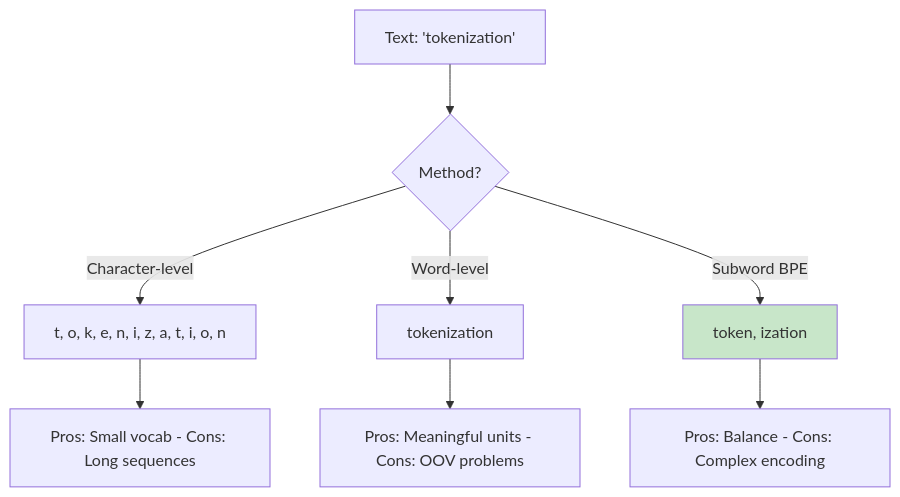
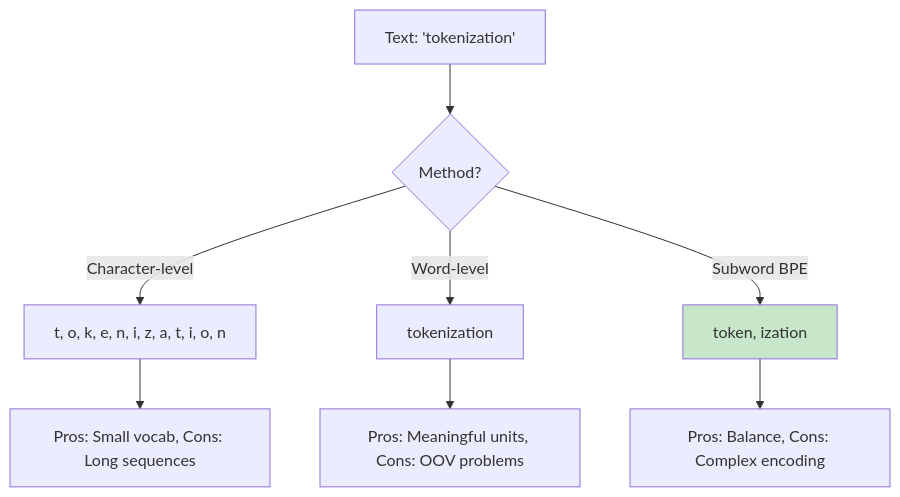
The eighth of 9 diagrams in docs/learning/01-llm-fundamentals.md (indhra/llm_rag_sec_findings), drawn with Mermaid before and after one commit. The commit also changed other lines of this file and 9 other files, not shown here.

````diff
--- a/docs/learning/01-llm-fundamentals.md
+++ b/docs/learning/01-llm-fundamentals.md
@@ -266,14 +266,14 @@
 ```mermaid
 graph TD
-    T[Text: 'tokenization'] --> M{Method?}
+    T["Text: 'tokenization'"] --> M{"Method?"}
     
-    M -->|Character-level| C1[t, o, k, e, n, i, z, a, t, i, o, n]
-    M -->|Word-level| W1[tokenization]
-    M -->|Subword BPE| S1[token, ization]
+    M -->|"Character-level"| C1["t, o, k, e, n, i, z, a, t, i, o, n"]
+    M -->|"Word-level"| W1["tokenization"]
+    M -->|"Subword BPE"| S1["token, ization"]
     
-    C1 --> CP[Pros: Small vocab - Cons: Long sequences]
-    W1 --> WP[Pros: Meaningful units - Cons: OOV problems]
-    S1 --> SP[Pros: Balance - Cons: Complex encoding]
+    C1 --> CP["Pros: Small vocab, Cons: Long sequences"]
+    W1 --> WP["Pros: Meaningful units, Cons: OOV problems"]
+    S1 --> SP["Pros: Balance, Cons: Complex encoding"]
     
     style S1 fill:#c8e6c9
 ```
````
